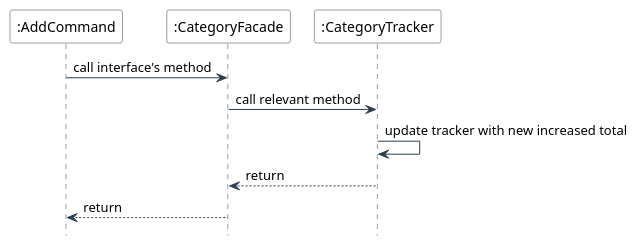
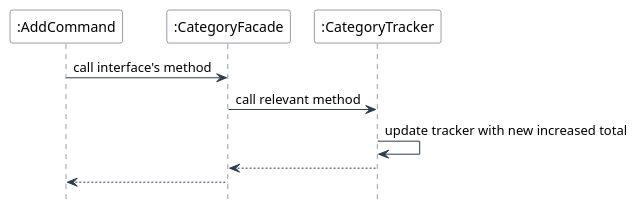
Before and after one commit to nus-cs2113-AY2425S1/tp: the diagram in docs/diagrams/plantuml/CategoryFacade Add SequenceUML.puml, drawn with PlantUML. The commit also changed 11 other files, not shown here.

Commit message:
Simplify sequence diagram

```diff
--- a/docs/diagrams/plantuml/CategoryFacade Add SequenceUML.puml
+++ b/docs/diagrams/plantuml/CategoryFacade Add SequenceUML.puml
@@ -1,22 +1,22 @@
 @startuml
 skinparam backgroundColor #FFFFFF
 skinparam sequence {
     ArrowColor #2C3E50
     LifeLineBorderColor #2C3E50
     ParticipantBorderColor #2C3E50
     ParticipantBackgroundColor #FFFFFF
 }
 hide footbox
 
 participant ":AddCommand" as AC
 participant ":CategoryFacade" as CF
 participant ":CategoryTracker" as CT
 ' participant ":CategoryData" as CD
 
 AC -> CF: call interface's method
 CF -> CT: call relevant method
 CT -> CT: update tracker with new increased total
-CT --> CF: return
-CF --> AC: return
+CT --> CF:
+CF --> AC:
 
 @enduml
```
